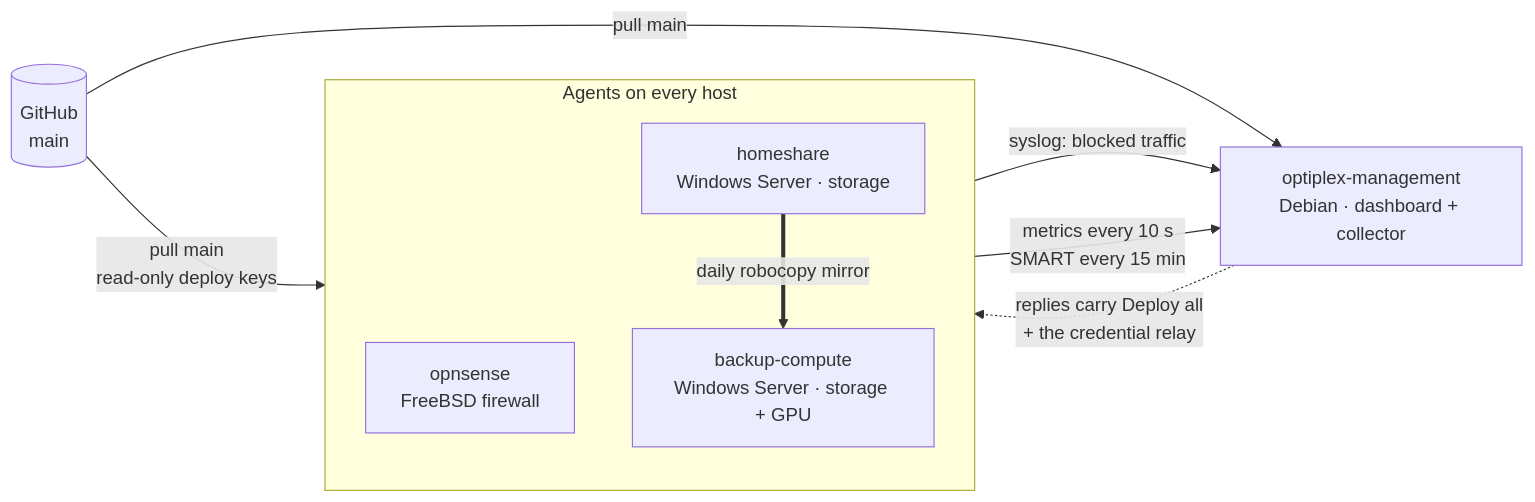
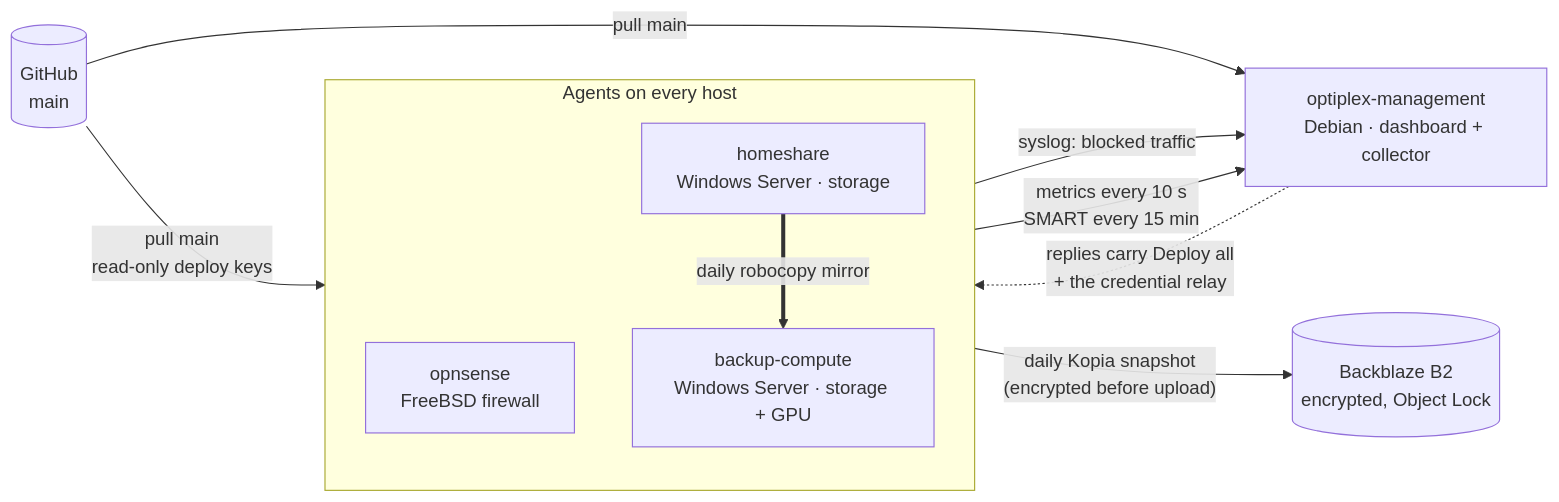
Before and after one commit to j-will178/homelab-showcase: the first of 2 diagrams in README.md, drawn with Mermaid. The commit also changed other lines of this file and 4 other files, not shown here.

````diff
--- a/README.md
+++ b/README.md
@@ -21,17 +33,19 @@
 ```mermaid
 flowchart LR
     GH[("GitHub<br/>main")]
     subgraph hosts["Agents on every host"]
         direction TB
         OPN["opnsense<br/>FreeBSD firewall"]
         HS["homeshare<br/>Windows Server · storage"]
         BC["backup-compute<br/>Windows Server · storage + GPU"]
         HS == "daily robocopy mirror" ==> BC
     end
     OPT["optiplex-management<br/>Debian · dashboard + collector"]
     GH -->|"pull main<br/>read-only deploy keys"| hosts
     GH -->|"pull main"| OPT
     hosts -->|"metrics every 10 s<br/>SMART every 15 min"| OPT
     OPT -.->|"replies carry Deploy all<br/>+ the credential relay"| hosts
     OPN -->|"syslog: blocked traffic"| OPT
+    B2[("Backblaze B2<br/>encrypted, Object Lock")]
+    HS -->|"daily Kopia snapshot<br/>(encrypted before upload)"| B2
 ```
````
